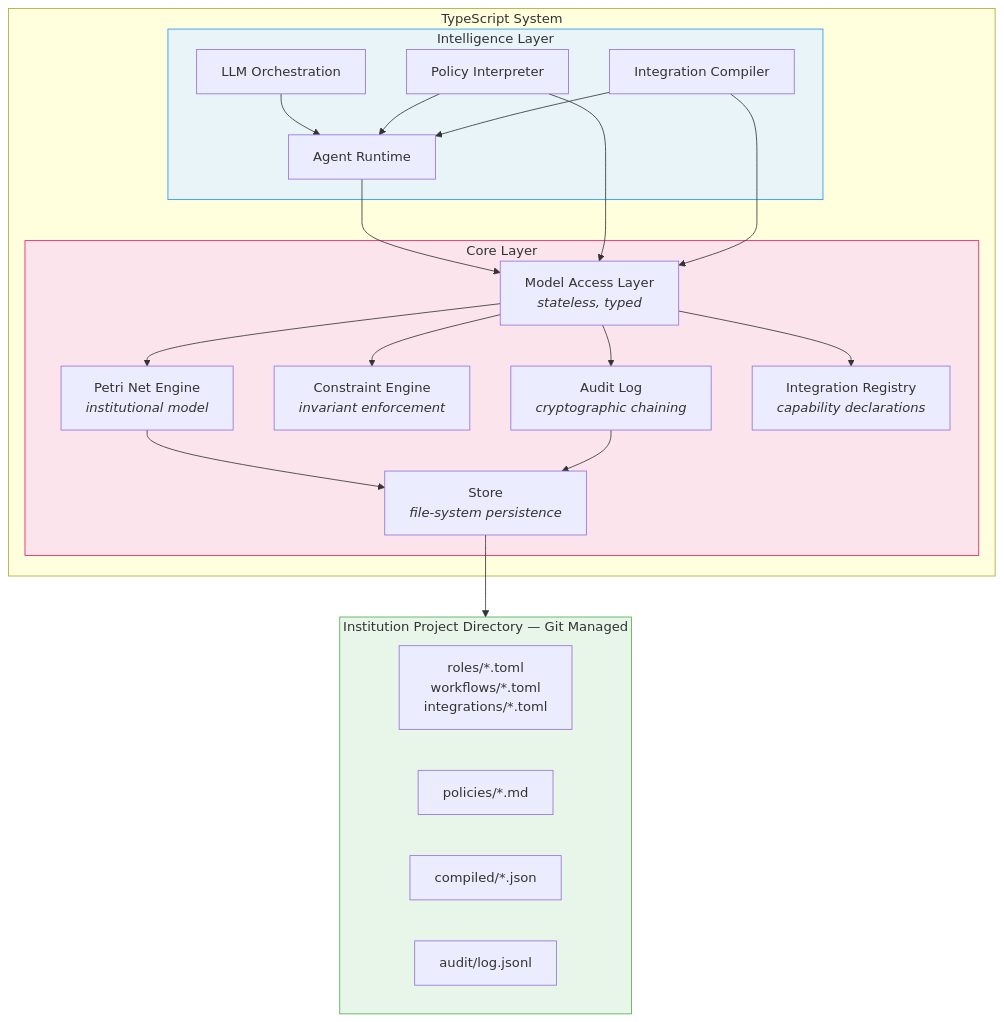
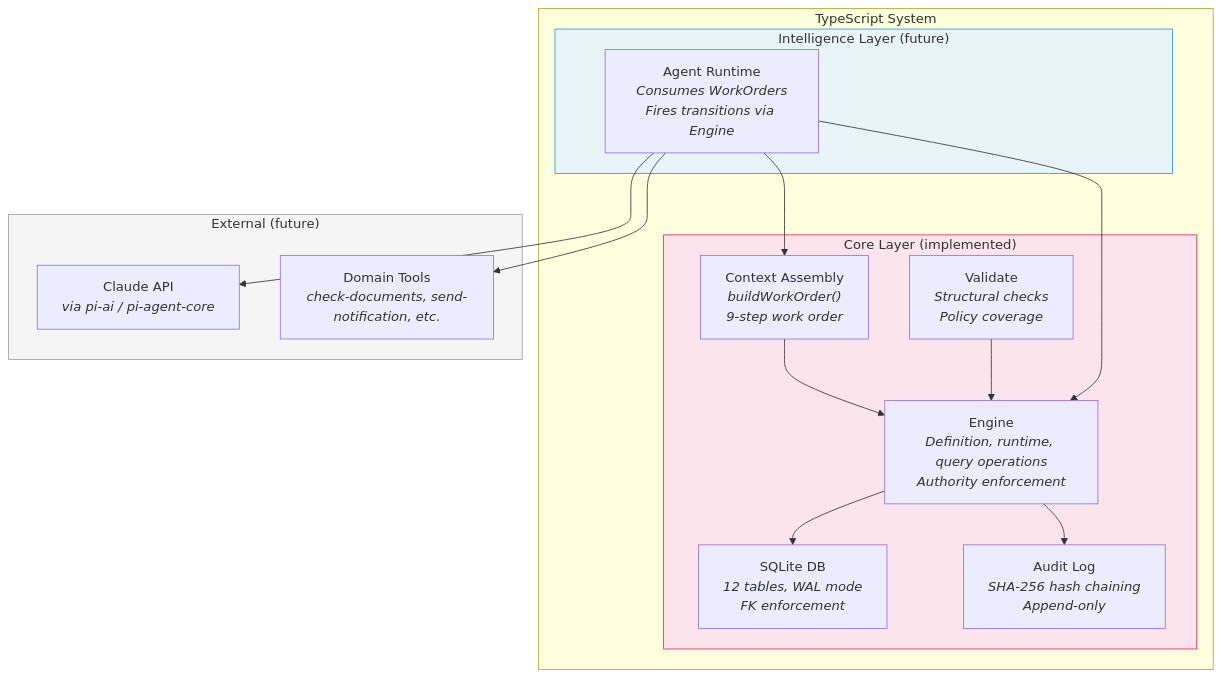
The first of 10 diagrams in architecture-diagrams.md (CyberHoward/cl-institute), drawn with Mermaid before and after one commit. The commit also changed other lines of this file and 46 other files, not shown here.

First line of the commit message:
chore: remove superseded modules, update docs to reflect core engine architecture

````diff
--- a/architecture-diagrams.md
+++ b/architecture-diagrams.md
@@ -11,48 +11,36 @@
 ```mermaid
 graph TB
     subgraph ts["TypeScript System"]
-        subgraph intelligence["Intelligence Layer"]
-            orch["LLM Orchestration"]
-            pi["Policy Interpreter"]
-            ic["Integration Compiler"]
-            agent["Agent Runtime"]
-
-            orch --> agent
-            pi --> agent
-            ic --> agent
+        subgraph intelligence["Intelligence Layer (future)"]
+            agent["Agent Runtime<br/><i>Consumes WorkOrders<br/>Fires transitions via Engine</i>"]
         end
 
-        subgraph core["Core Layer"]
-            access["Model Access Layer<br/><i>stateless, typed</i>"]
-            graph_eng["Petri Net Engine<br/><i>institutional model</i>"]
-            constraint["Constraint Engine<br/><i>invariant enforcement</i>"]
-            audit["Audit Log<br/><i>cryptographic chaining</i>"]
-            registry["Integration Registry<br/><i>capability declarations</i>"]
-            store["Store<br/><i>file-system persistence</i>"]
+        subgraph core["Core Layer (implemented)"]
+            engine["Engine<br/><i>Definition, runtime, query operations<br/>Authority enforcement</i>"]
+            db["SQLite DB<br/><i>12 tables, WAL mode<br/>FK enforcement</i>"]
+            audit["Audit Log<br/><i>SHA-256 hash chaining<br/>Append-only</i>"]
+            context["Context Assembly<br/><i>buildWorkOrder()<br/>9-step work order</i>"]
+            validate["Validate<br/><i>Structural checks<br/>Policy coverage</i>"]
 
-            access --> graph_eng
-            access --> constraint
-            access --> audit
-            access --> registry
-            graph_eng --> store
-            audit --> store
+            engine --> db
+            engine --> audit
+            context --> engine
+            validate --> engine
         end
 
-        agent --> access
-        pi --> access
-        ic --> access
+        agent --> context
+        agent --> engine
     end
 
-    subgraph fs["Institution Project Directory — Git Managed"]
-        toml["roles/*.toml<br/>workflows/*.toml<br/>integrations/*.toml"]
-        policies["policies/*.md"]
-        compiled["compiled/*.json"]
-        auditlog["audit/log.jsonl"]
+    subgraph ext["External (future)"]
+        claude["Claude API<br/><i>via pi-ai / pi-agent-core</i>"]
+        tools["Domain Tools<br/><i>check-documents, send-notification, etc.</i>"]
     end
 
-    store --> fs
+    agent --> claude
+    agent --> tools
 
     style intelligence fill:#e8f4f8,stroke:#2196F3
     style core fill:#fce4ec,stroke:#e91e63
-    style fs fill:#e8f5e9,stroke:#4caf50
+    style ext fill:#f5f5f5,stroke:#9e9e9e
 ```
````
